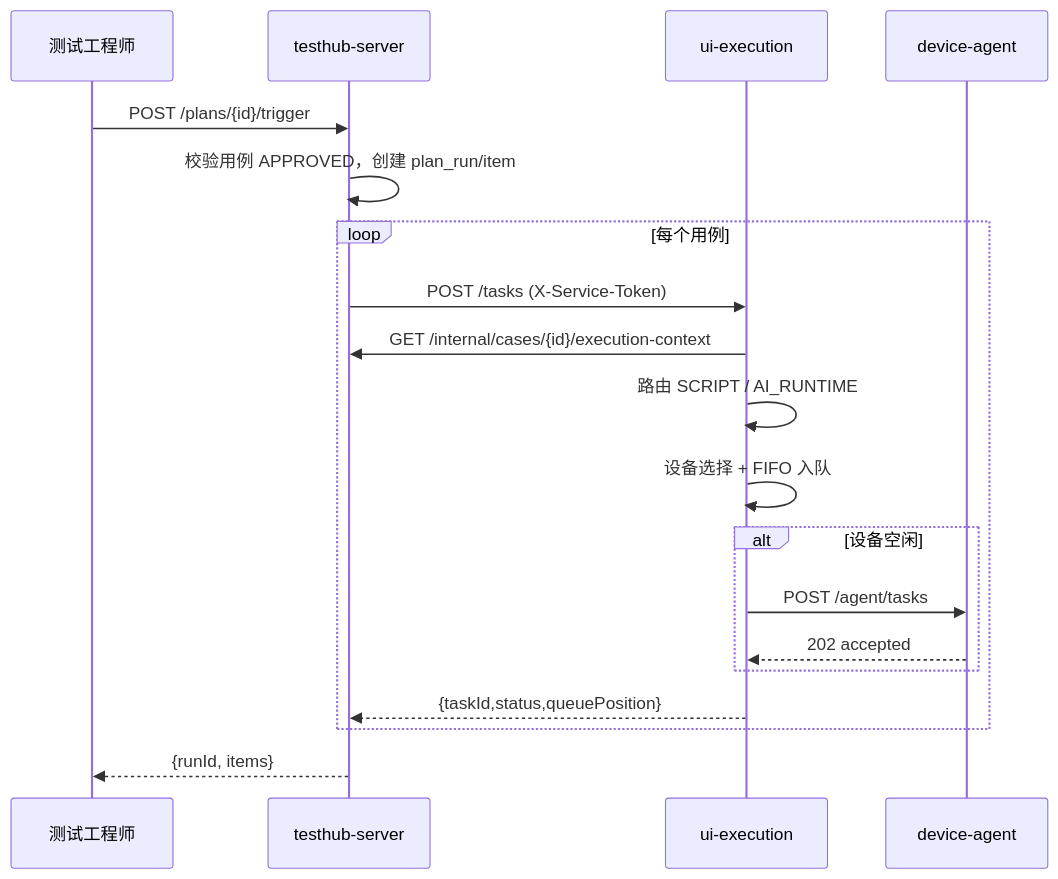
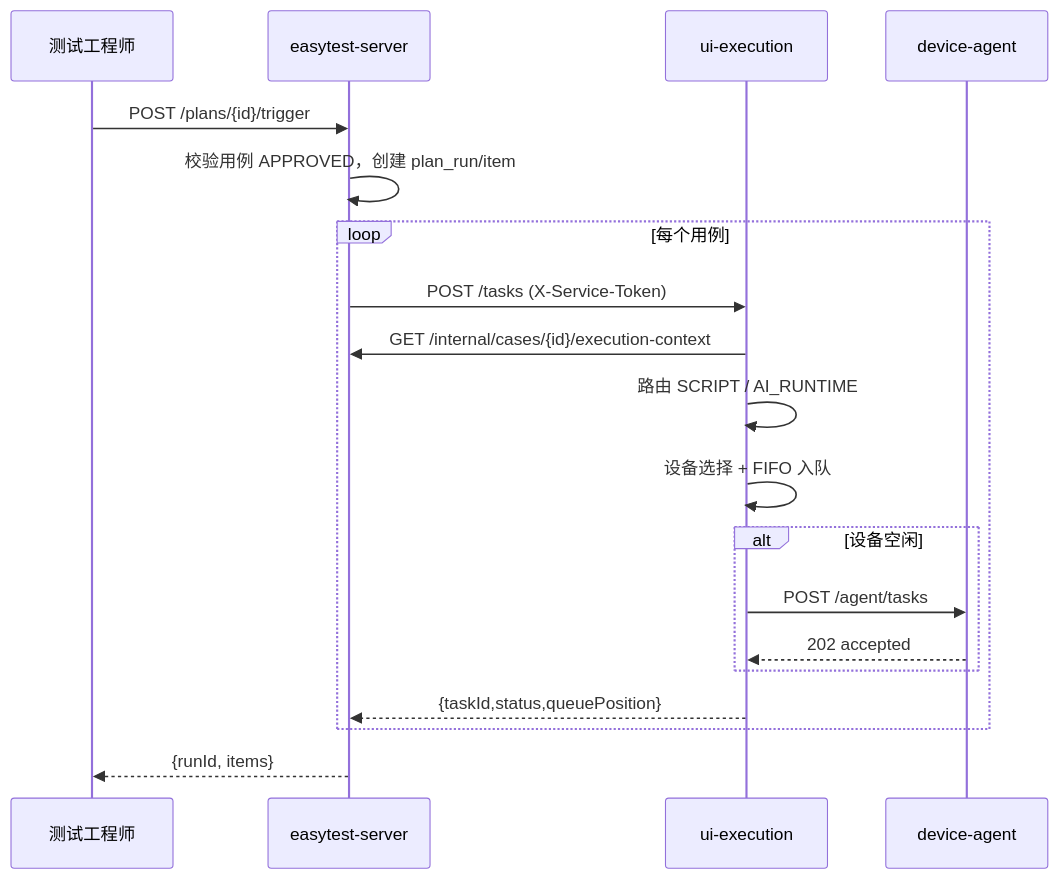
One commit to SvenShun/easytest changed the first of 2 diagrams in docs/ARCHITECTURE-V1.md. Above: the diagram before and after it, drawn with Mermaid. The commit also changed other lines of this file and 993 other files, not shown here.

````diff
--- a/docs/ARCHITECTURE-V1.md
+++ b/docs/ARCHITECTURE-V1.md
@@ -98,21 +98,21 @@
 ```mermaid
 sequenceDiagram
   participant U as 测试工程师
-  participant P as testhub-server
+  participant P as easytest-server
   participant X as ui-execution
   participant A as device-agent
   U->>P: POST /plans/{id}/trigger
   P->>P: 校验用例 APPROVED，创建 plan_run/item
   loop 每个用例
     P->>X: POST /tasks (X-Service-Token)
     X->>P: GET /internal/cases/{id}/execution-context
     X->>X: 路由 SCRIPT / AI_RUNTIME
     X->>X: 设备选择 + FIFO 入队
     alt 设备空闲
       X->>A: POST /agent/tasks
       A-->>X: 202 accepted
     end
     X-->>P: {taskId,status,queuePosition}
   end
   P-->>U: {runId, items}
 ```
````
